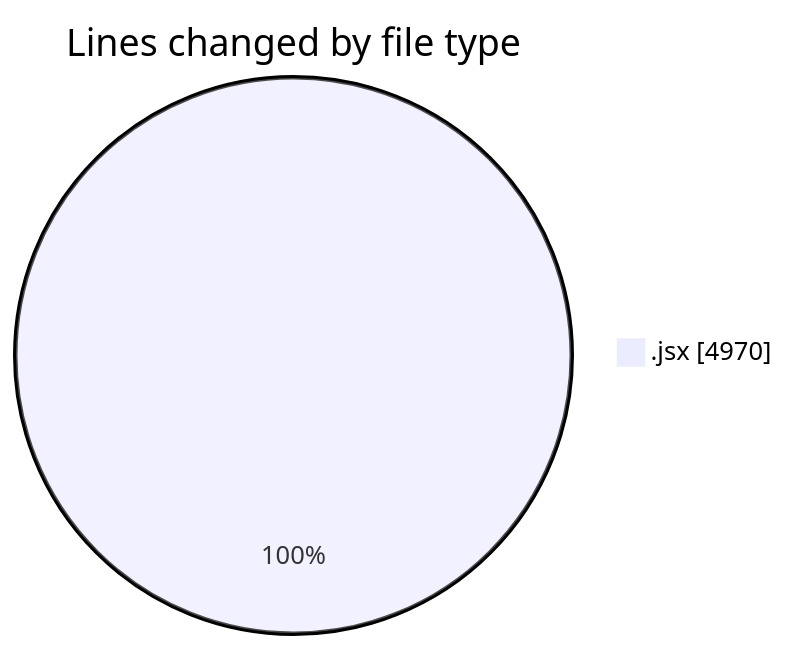
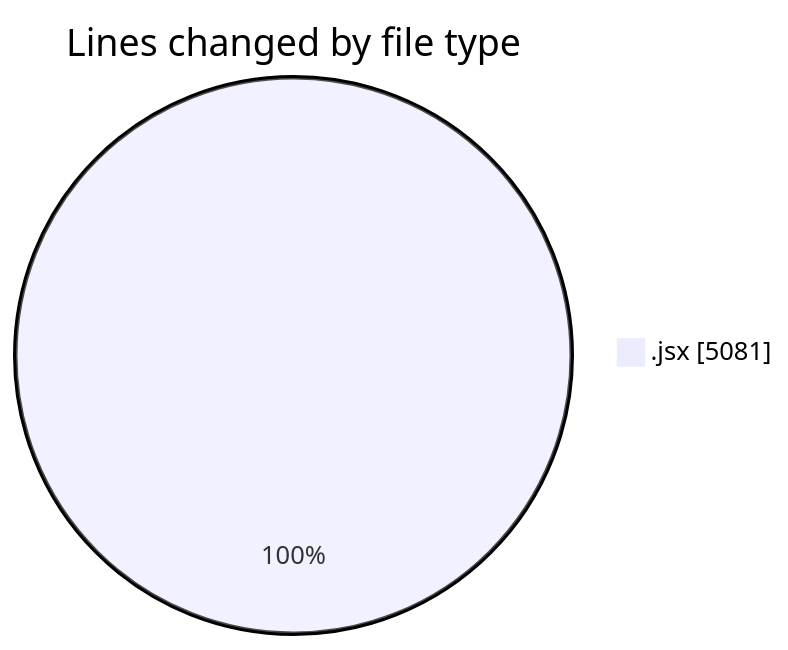
Before and after one commit to nxtqubesakshisongat/code-tracking: the first of 2 diagrams in 2025-07-08/argos/README.md, drawn with Mermaid. The commit also changed other lines of this file and 1 other file, not shown here.

````diff
--- a/2025-07-08/argos/README.md
+++ b/2025-07-08/argos/README.md
@@ -26,5 +26,5 @@
 ```mermaid
 pie showData
 title Lines changed by file type
-".jsx" : 4970
+".jsx" : 5081
 ```
````
